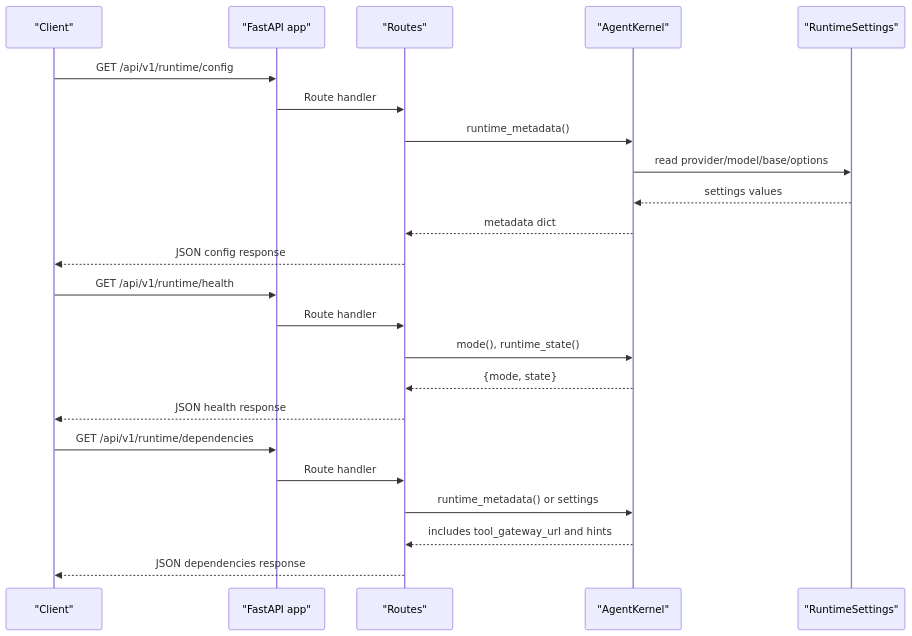
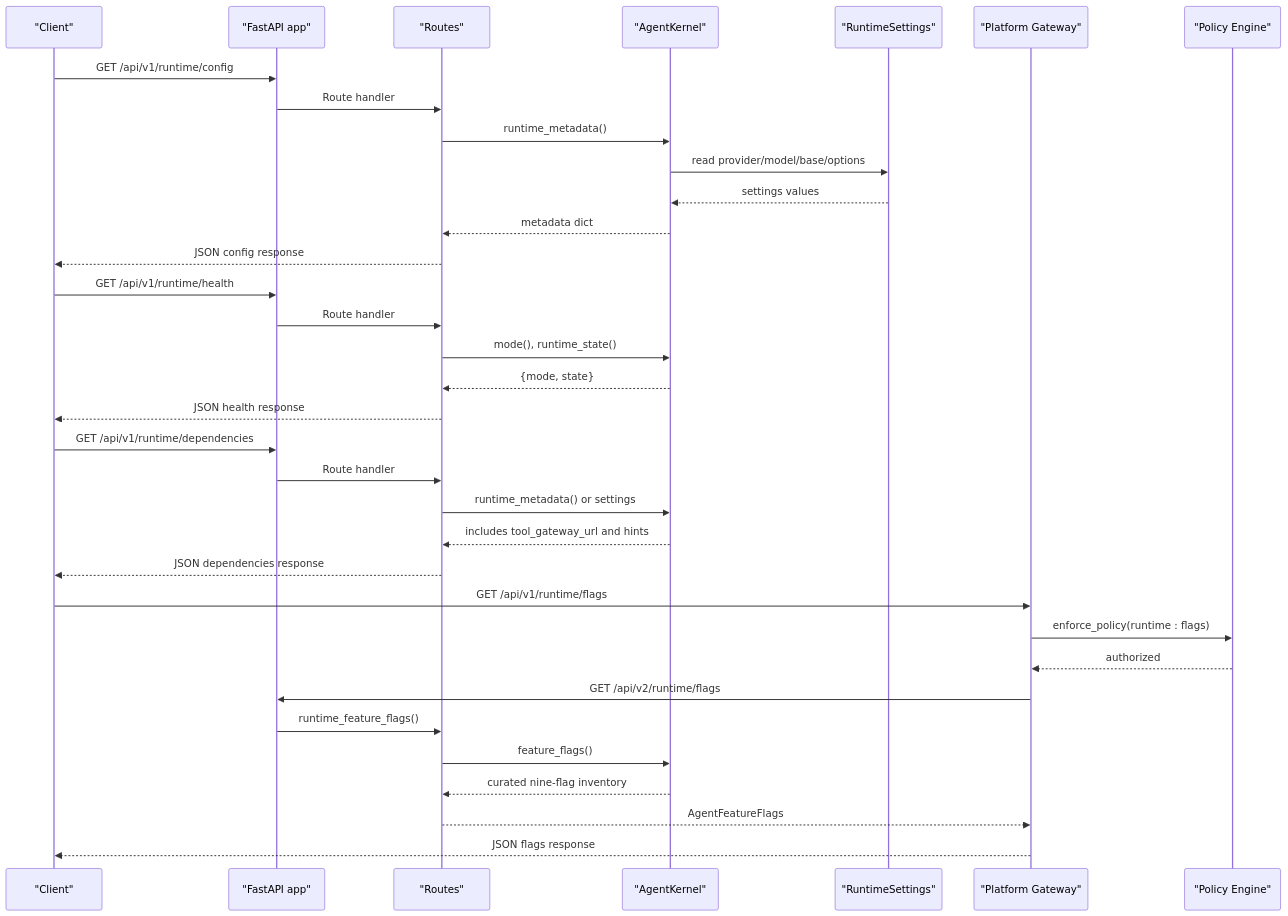
The second of 4 diagrams in .qoder/repowiki/en/content/API Reference/Platform Gateway API/Runtime Configuration API.md (metasync/luban-aiops), drawn with Mermaid before and after one commit. The commit also changed other lines of this file and 6 other files, not shown here.

````diff
--- a/.qoder/repowiki/en/content/API Reference/Platform Gateway API/Runtime Configuration API.md
+++ b/.qoder/repowiki/en/content/API Reference/Platform Gateway API/Runtime Configuration API.md
@@ -78,25 +97,36 @@
 ```mermaid
 sequenceDiagram
 participant C as "Client"
 participant A as "FastAPI app"
 participant R as "Routes"
 participant K as "AgentKernel"
 participant S as "RuntimeSettings"
+participant G as "Platform Gateway"
+participant P as "Policy Engine"
 C->>A : GET /api/v1/runtime/config
 A->>R : Route handler
 R->>K : runtime_metadata()
 K->>S : read provider/model/base/options
 S-->>K : settings values
 K-->>R : metadata dict
 R-->>C : JSON config response
 C->>A : GET /api/v1/runtime/health
 A->>R : Route handler
 R->>K : mode(), runtime_state()
 K-->>R : {mode, state}
 R-->>C : JSON health response
 C->>A : GET /api/v1/runtime/dependencies
 A->>R : Route handler
 R->>K : runtime_metadata() or settings
 K-->>R : includes tool_gateway_url and hints
 R-->>C : JSON dependencies response
+C->>G : GET /api/v1/runtime/flags
+G->>P : enforce_policy(runtime : flags)
+P-->>G : authorized
+G->>A : GET /api/v2/runtime/flags
+A->>R : runtime_feature_flags()
+R->>K : feature_flags()
+K-->>R : curated nine-flag inventory
+R-->>G : AgentFeatureFlags
+G-->>C : JSON flags response
 ```
````
